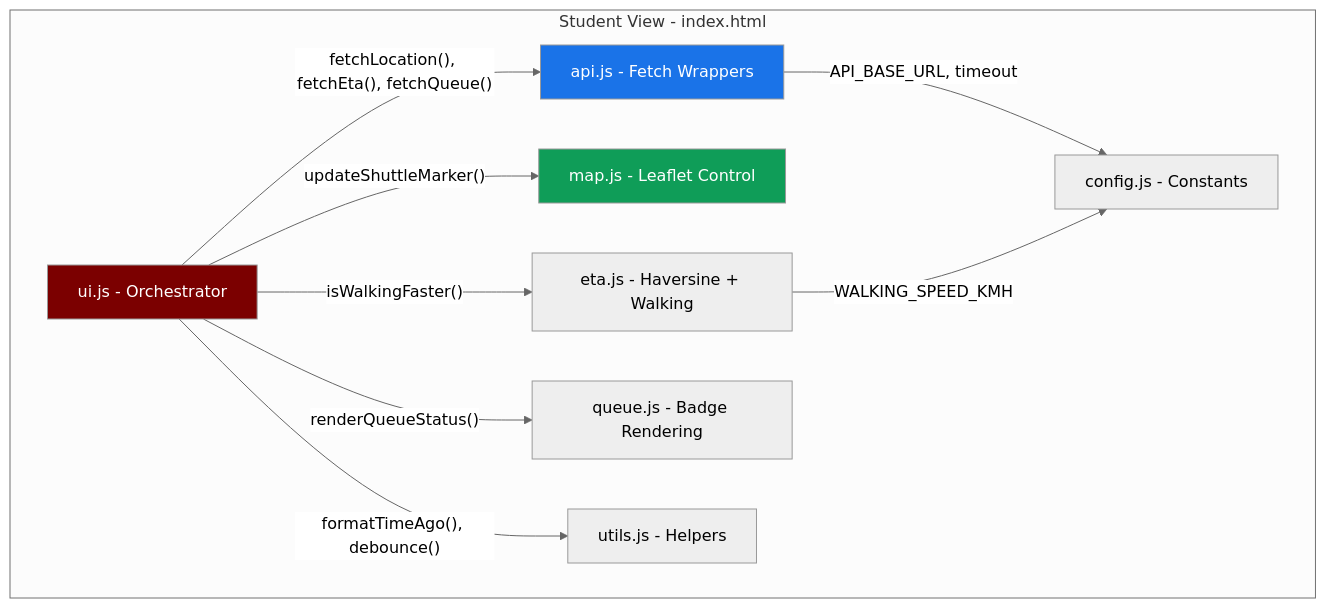
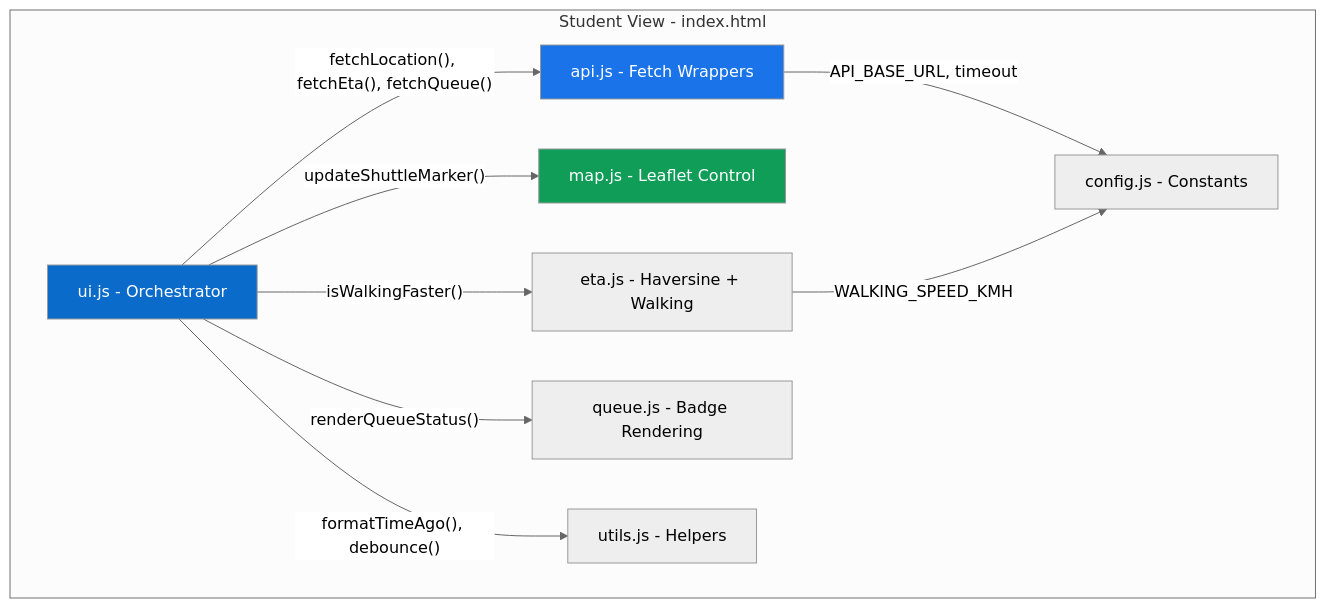
The fifth of 6 diagrams in docs/architecture.md (Salimmadeit/UniTrack), drawn with Mermaid (neutral theme) before and after one commit. The commit also changed other lines of this file and 29 other files, not shown here.

````diff
--- a/docs/architecture.md
+++ b/docs/architecture.md
@@ -169,24 +169,24 @@
 ```mermaid
 graph TD
     subgraph "Student View - index.html"
         UI[ui.js - Orchestrator]
         API[api.js - Fetch Wrappers]
         MAP[map.js - Leaflet Control]
         ETA[eta.js - Haversine + Walking]
         QUEUE[queue.js - Badge Rendering]
         CFG[config.js - Constants]
         UTL[utils.js - Helpers]
     end
 
     UI -->|"fetchLocation(), fetchEta(), fetchQueue()"| API
     UI -->|"updateShuttleMarker()"| MAP
     UI -->|"isWalkingFaster()"| ETA
     UI -->|"renderQueueStatus()"| QUEUE
     API -->|API_BASE_URL, timeout| CFG
     UI -->|"formatTimeAgo(), debounce()"| UTL
     ETA -->|WALKING_SPEED_KMH| CFG
 
-    style UI fill:#7B0000,color:#fff
+    style UI fill:#0B6BCB,color:#fff
     style API fill:#1A73E8,color:#fff
     style MAP fill:#0F9D58,color:#fff
 ```
````
